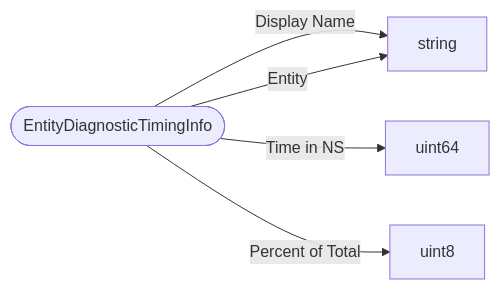
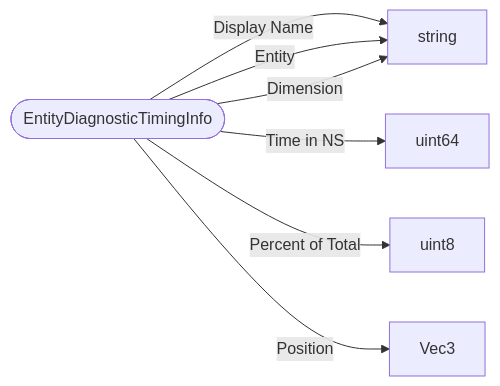
The diagram in schemas/types/EntityDiagnosticTimingInfo.md (bedrock-v/protocol-docs), drawn with Mermaid before and after one commit. The commit also changed 114 other files, not shown here.

````diff
--- a/schemas/types/EntityDiagnosticTimingInfo.md
+++ b/schemas/types/EntityDiagnosticTimingInfo.md
@@ -5,8 +5,10 @@
 ```mermaid
 flowchart LR
   ROOT(["EntityDiagnosticTimingInfo"])
   ROOT -->|"Display Name"| string["string"]
   ROOT -->|"Entity"| string["string"]
   ROOT -->|"Time in NS"| uint64["uint64"]
   ROOT -->|"Percent of Total"| uint8["uint8"]
+  ROOT -->|"Position"| Vec3["Vec3"]
+  ROOT -->|"Dimension"| string["string"]
 ```
````
